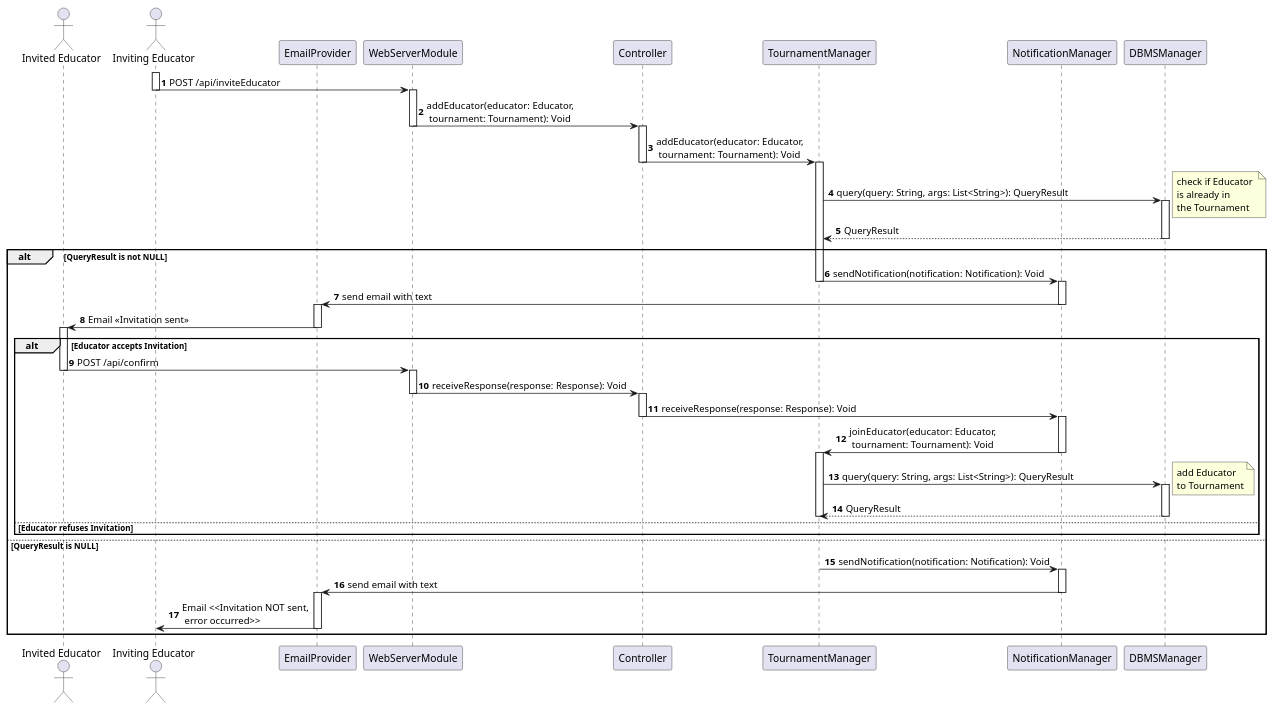
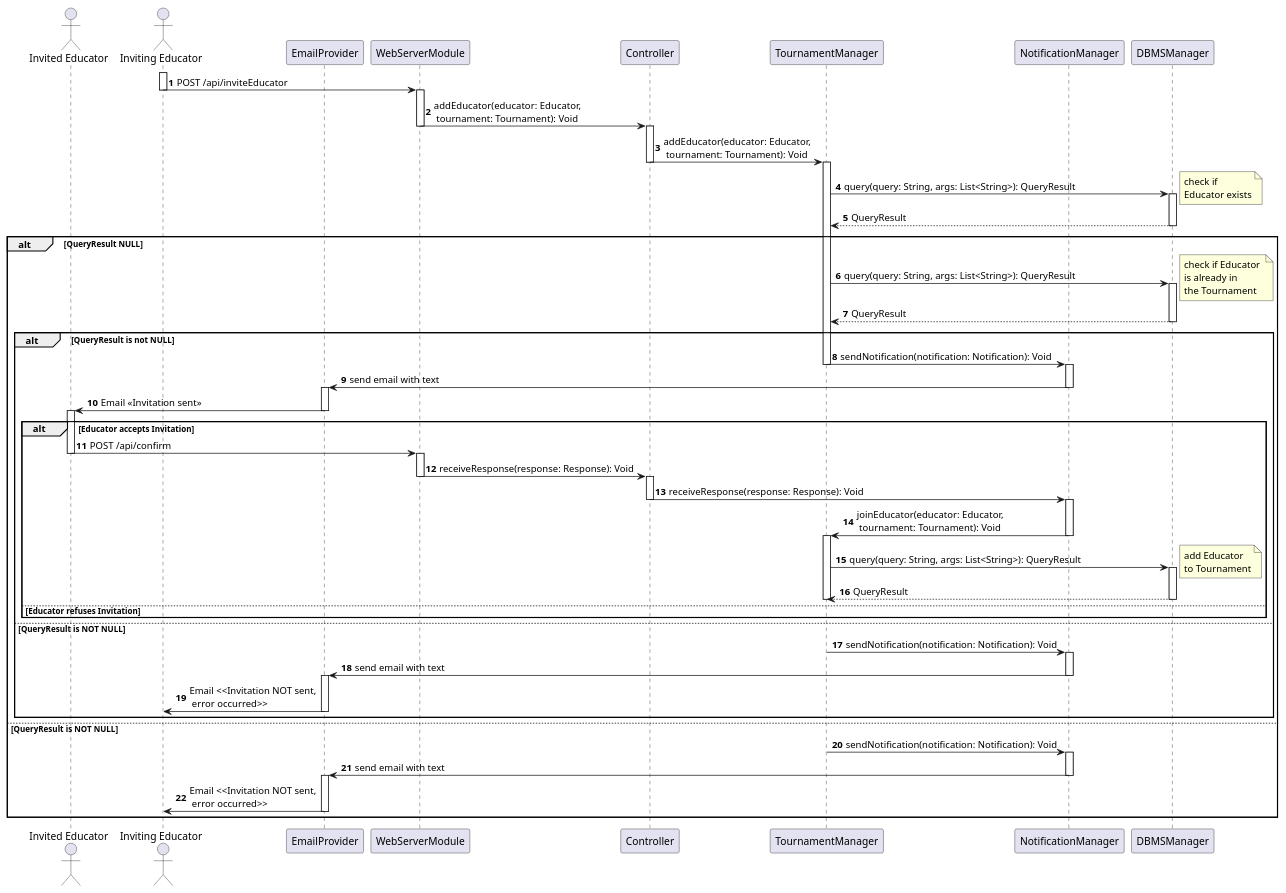
The diagram in _DD/Images/sequenceDiagrams/inviteEducator.wsd (Angelo7672/SE2_Requirement-and-Design-Document), drawn with PlantUML before and after one commit. The commit also changed 5 other files, not shown here.

Commit message:
first 6 sequence diagram update

```diff
--- a/_DD/Images/sequenceDiagrams/inviteEducator.wsd
+++ b/_DD/Images/sequenceDiagrams/inviteEducator.wsd
@@ -1,77 +1,95 @@
 @startuml
 
 autonumber
 
 actor "Invited Educator" as U2
 actor "Inviting Educator" as U1
 participant EmailProvider as EP
 participant WebServerModule as WS
 participant Controller as C
 participant TournamentManager as TM
 participant NotificationManager as NM
 participant DBMSManager as DBMS
 
 activate U1
 U1 -> WS: POST /api/inviteEducator
 deactivate U1
 activate WS
 WS -> C: addEducator(educator: Educator,\n tournament: Tournament): Void
 deactivate WS
 activate C
 C -> TM: addEducator(educator: Educator,\n tournament: Tournament): Void
 deactivate C
 activate TM
 TM -> DBMS: query(query: String, args: List<String>): QueryResult
 activate DBMS
 note right
-    check if Educator 
-    is already in 
-    the Tournament
+    check if 
+    Educator exists
 end note
 DBMS --> TM: QueryResult
 deactivate DBMS
-alt QueryResult is not NULL
-    TM -> NM: sendNotification(notification: Notification): Void
-    deactivate TM
-    activate NM
-    NM -> EP: send email with text
-    deactivate NM
-    activate EP
-    EP -> U2: Email <<Invitation sent>>
-    deactivate EP
-    activate U2
-    alt Educator accepts Invitation
-        U2 -> WS: POST /api/confirm
-        deactivate U2
-        activate WS
-        WS -> C: receiveResponse(response: Response): Void
-        deactivate WS
-        activate C
-        C -> NM: receiveResponse(response: Response): Void
-        deactivate C
+alt QueryResult NULL
+    TM -> DBMS: query(query: String, args: List<String>): QueryResult
+    activate DBMS
+    note right
+        check if Educator 
+        is already in 
+        the Tournament
+    end note
+    DBMS --> TM: QueryResult
+    deactivate DBMS
+    alt QueryResult is not NULL
+        TM -> NM: sendNotification(notification: Notification): Void
+        deactivate TM
         activate NM
-        NM -> TM: joinEducator(educator: Educator,\n tournament: Tournament): Void
+        NM -> EP: send email with text
         deactivate NM
-        activate TM
-        TM -> DBMS: query(query: String, args: List<String>): QueryResult
-        activate DBMS
-        note right
-            add Educator 
-            to Tournament
-        end note
-        DBMS --> TM: QueryResult
-        deactivate DBMS
-        deactivate TM
-    else Educator refuses Invitation
+        activate EP
+        EP -> U2: Email <<Invitation sent>>
+        deactivate EP
+        activate U2
+        alt Educator accepts Invitation
+            U2 -> WS: POST /api/confirm
+            deactivate U2
+            activate WS
+            WS -> C: receiveResponse(response: Response): Void
+            deactivate WS
+            activate C
+            C -> NM: receiveResponse(response: Response): Void
+            deactivate C
+            activate NM
+            NM -> TM: joinEducator(educator: Educator,\n tournament: Tournament): Void
+            deactivate NM
+            activate TM
+            TM -> DBMS: query(query: String, args: List<String>): QueryResult
+            activate DBMS
+            note right
+                add Educator 
+                to Tournament
+            end note
+            DBMS --> TM: QueryResult
+            deactivate DBMS
+            deactivate TM
+        else Educator refuses Invitation
+        end
+    else QueryResult is NOT NULL
+        TM -> NM: sendNotification(notification: Notification): Void
+        activate NM
+        NM -> EP: send email with text
+        deactivate NM
+        activate EP
+        EP -> U1: Email <<Invitation NOT sent,\n error occurred>>
+        deactivate EP
     end
-else QueryResult is NULL
+else QueryResult is NOT NULL
     TM -> NM: sendNotification(notification: Notification): Void
     activate NM
     NM -> EP: send email with text
     deactivate NM
     activate EP
     EP -> U1: Email <<Invitation NOT sent,\n error occurred>>
     deactivate EP
 end
 
 @enduml
```
